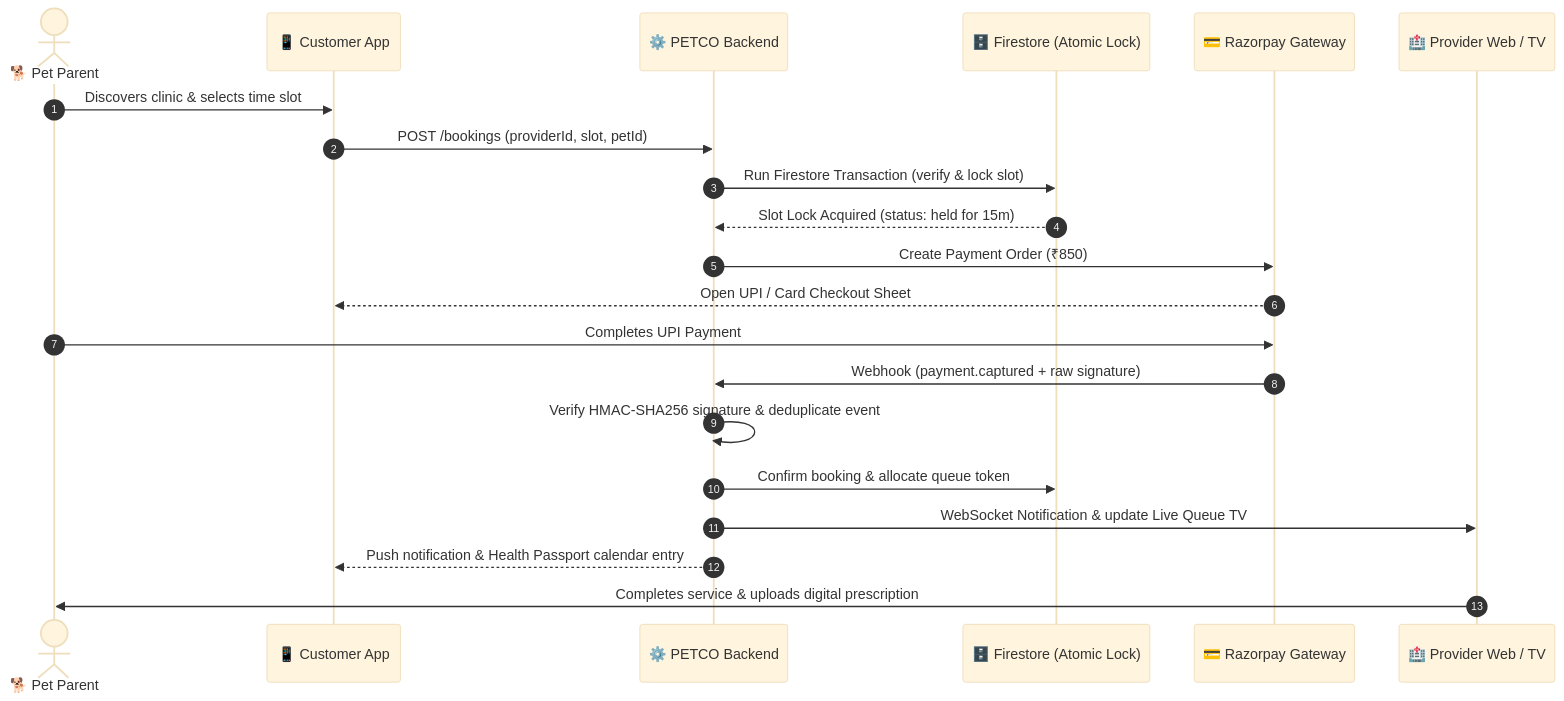
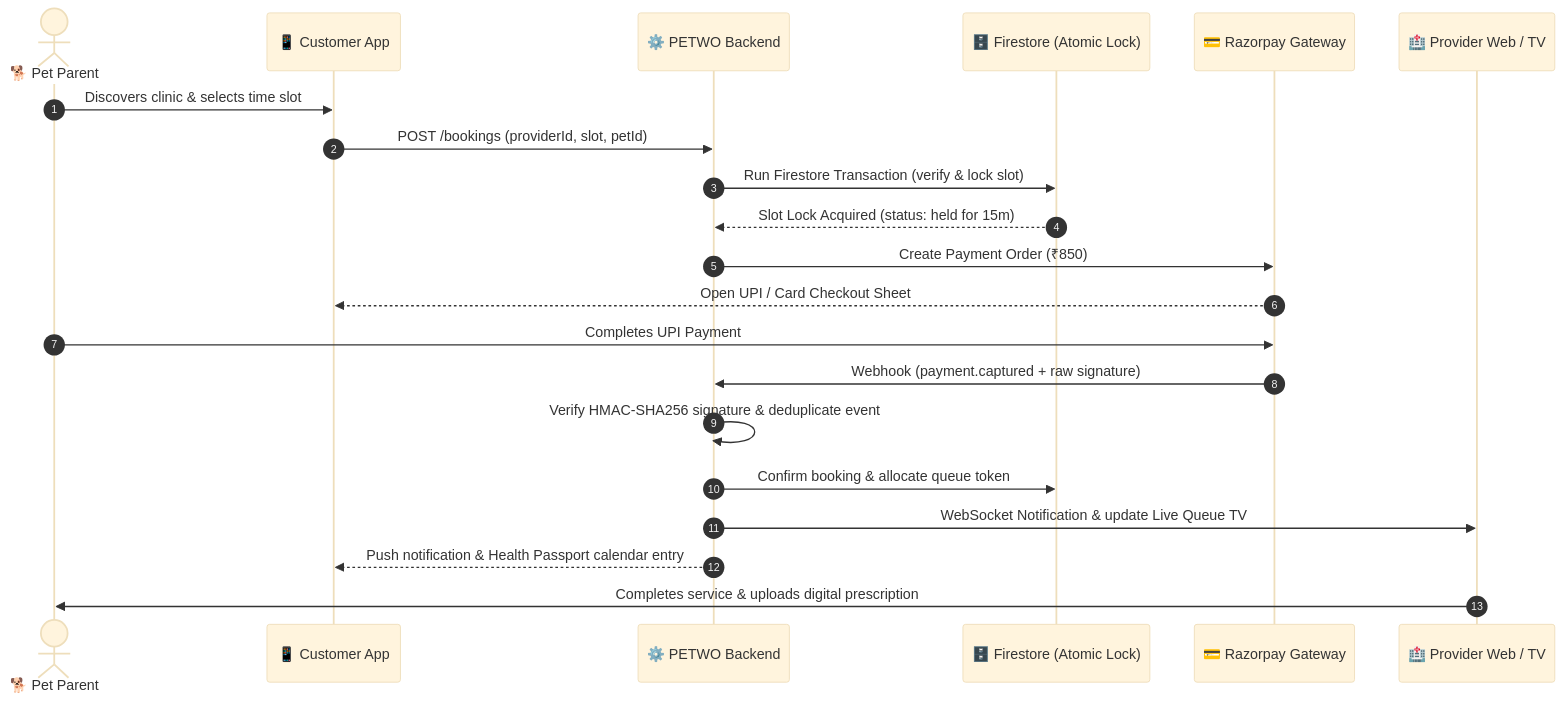
Before and after one commit to bathi2389-code/petwo: the second of 4 diagrams in docs/OVERVIEW.md, drawn with Mermaid (base theme). The commit also changed other lines of this file and 105 other files, not shown here.

Commit message:
feat(branding): rename entire platform from PETCO to PETWO across all apps, packages, and docs

````diff
--- a/docs/OVERVIEW.md
+++ b/docs/OVERVIEW.md
@@ -98,24 +98,24 @@
 ```mermaid
 sequenceDiagram
     autonumber
     actor Customer as 🐕 Pet Parent
     participant App as 📱 Customer App
-    participant API as ⚙️ PETCO Backend
+    participant API as ⚙️ PETWO Backend
     participant DB as 🗄️ Firestore (Atomic Lock)
     participant Gateway as 💳 Razorpay Gateway
     participant Provider as 🏥 Provider Web / TV
 
     Customer->>App: Discovers clinic & selects time slot
     App->>API: POST /bookings (providerId, slot, petId)
     API->>DB: Run Firestore Transaction (verify & lock slot)
     DB-->>API: Slot Lock Acquired (status: held for 15m)
     API->>Gateway: Create Payment Order (₹850)
     Gateway-->>App: Open UPI / Card Checkout Sheet
     Customer->>Gateway: Completes UPI Payment
     Gateway->>API: Webhook (payment.captured + raw signature)
     API->>API: Verify HMAC-SHA256 signature & deduplicate event
     API->>DB: Confirm booking & allocate queue token #PTC-08
     API->>Provider: WebSocket Notification & update Live Queue TV
     API-->>App: Push notification & Health Passport calendar entry
     Provider->>Customer: Completes service & uploads digital prescription
 ```
````
